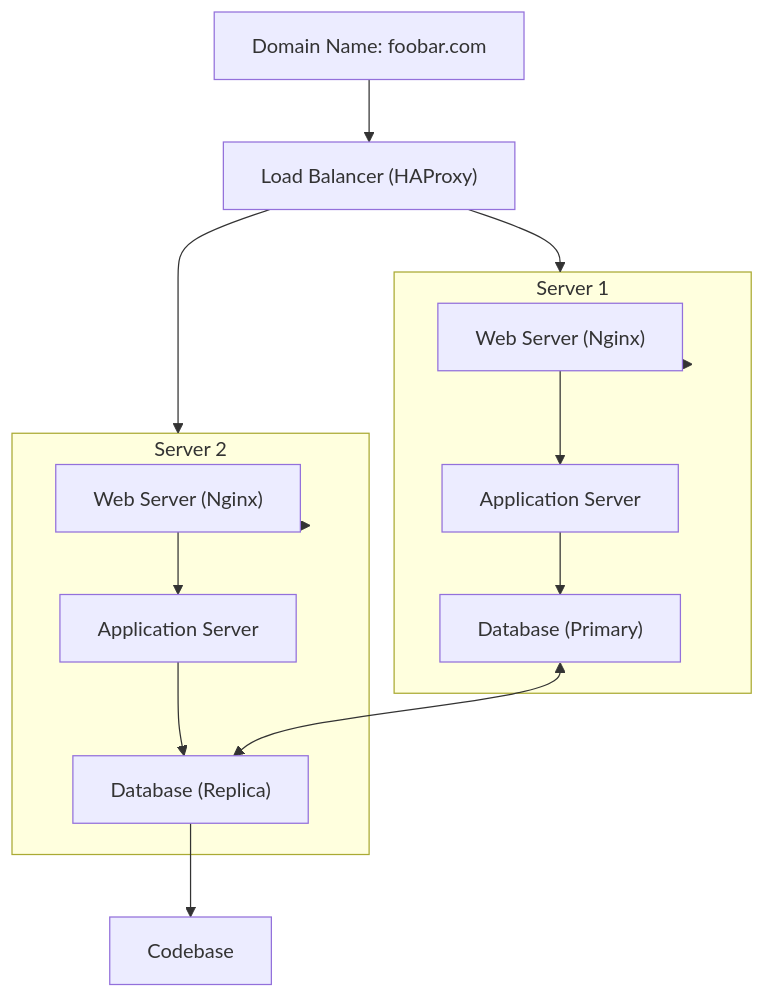
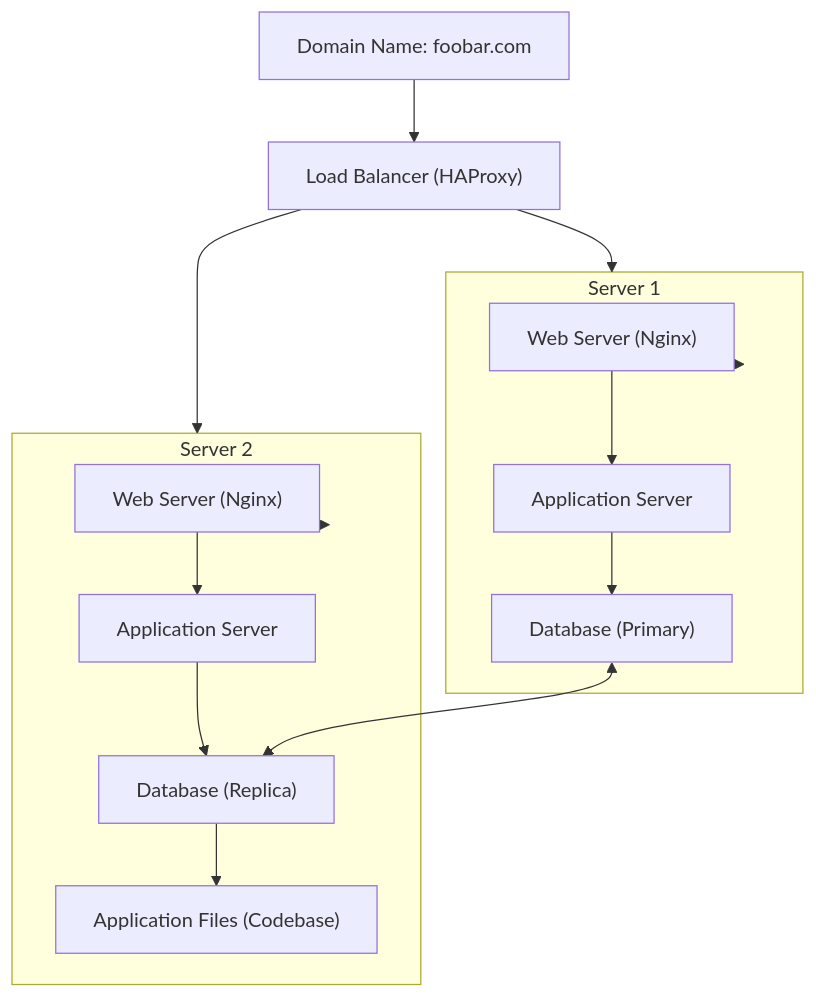
One commit to mrfouu/holbertonschool-system_engineering-devops changed the diagram in 1-distributed_web_infrastructure.md. Above: the diagram before and after it, drawn with Mermaid.

Commit message:
blurblurp

````diff
--- a/1-distributed_web_infrastructure.md
+++ b/1-distributed_web_infrastructure.md
@@ -17,34 +17,34 @@
 ```mermaid
 graph TD
     DomainName["Domain Name: foobar.com"]
     LoadBalancer["Load Balancer (HAProxy)"]
 
     subgraph Server1Box ["Server 1"]
         WebServer1["Web Server (Nginx)"]
         AppServer1["Application Server"]
         DBPrimary["Database (Primary)"]
     end
 
     subgraph Server2Box ["Server 2"]
         WebServer2["Web Server (Nginx)"]
         AppServer2["Application Server"]
         DBReplica["Database (Replica)"]
+        CodeBase["Application Files (Codebase)"]
     end
 
     DomainName --> LoadBalancer
     LoadBalancer --> Server1Box
     LoadBalancer --> Server2Box
 
     Server1Box --> WebServer1
     WebServer1 --> AppServer1
     AppServer1 --> DBPrimary
 
     Server2Box --> WebServer2
     WebServer2 --> AppServer2
-    DBReplica --> Codebase
     AppServer2 --> DBReplica
-    
+    DBReplica --> CodeBase
 
     DBPrimary <--> DBReplica
 
 ```	
````
